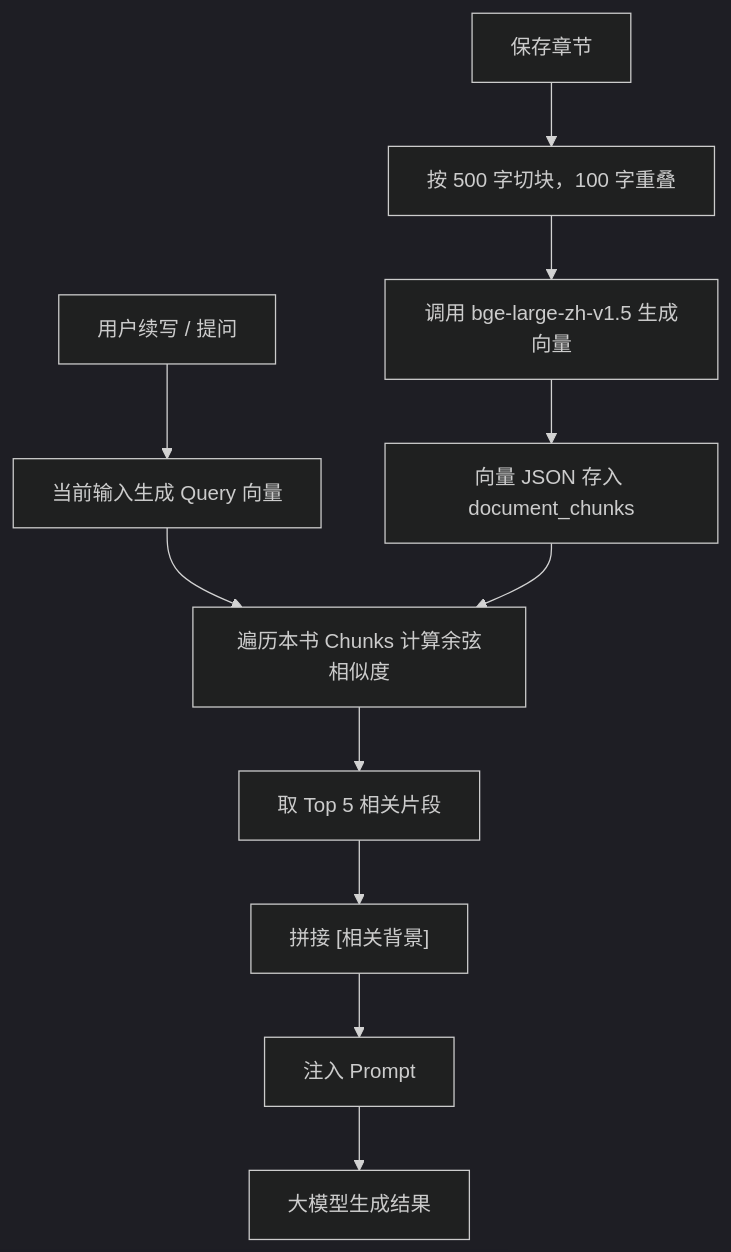
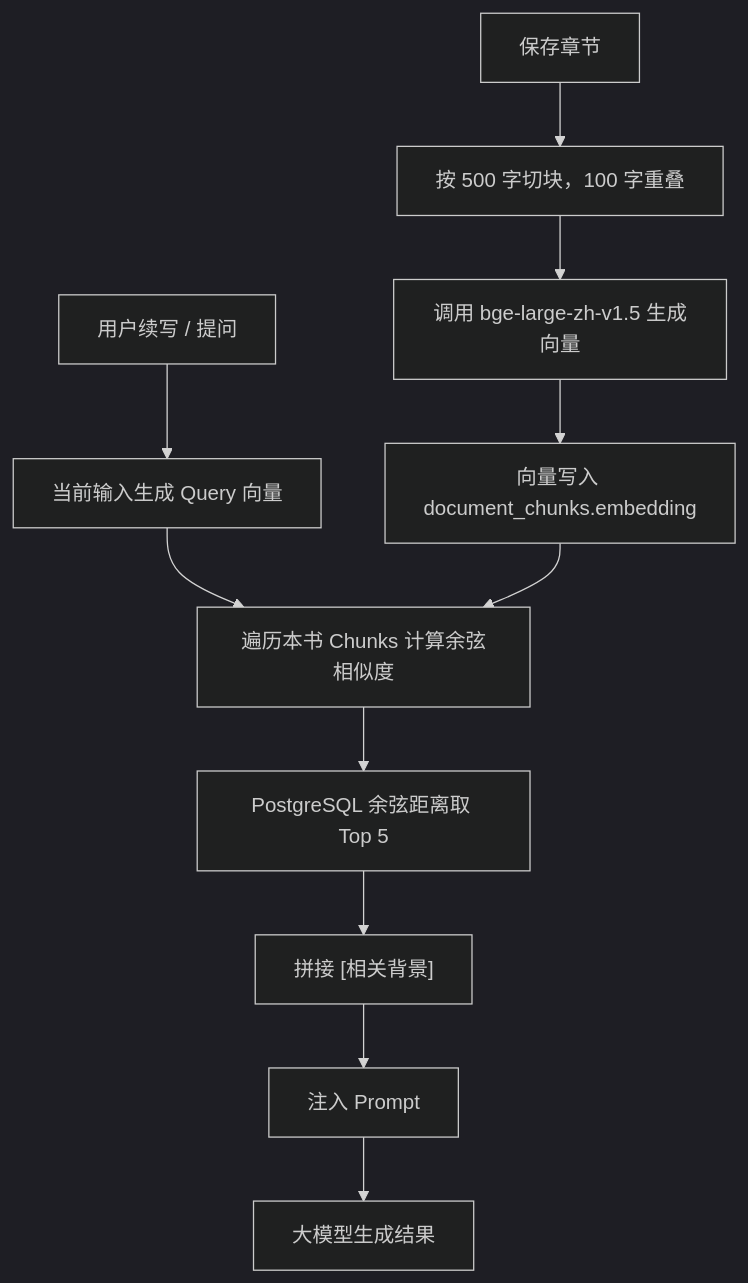
The second of 2 diagrams in README.md (tbyang28/ai-writing-assistant), drawn with Mermaid (dark theme) before and after one commit. The commit also changed other lines of this file and 5 other files, not shown here.

````diff
--- a/README.md
+++ b/README.md
@@ -106,13 +108,13 @@
 ```mermaid
 flowchart TD
   Save["保存章节"] --> Split["按 500 字切块，100 字重叠"]
   Split --> Embed["调用 bge-large-zh-v1.5 生成向量"]
-  Embed --> Store["向量 JSON 存入 document_chunks"]
+  Embed --> Store["向量写入 document_chunks.embedding"]
   Query["用户续写 / 提问"] --> QueryEmbed["当前输入生成 Query 向量"]
   QueryEmbed --> Similar["遍历本书 Chunks 计算余弦相似度"]
   Store --> Similar
-  Similar --> TopK["取 Top 5 相关片段"]
+  Similar --> TopK["PostgreSQL 余弦距离取 Top 5"]
   TopK --> Context["拼接 [相关背景]"]
   Context --> Prompt["注入 Prompt"]
   Prompt --> LLM["大模型生成结果"]
 ```
````
